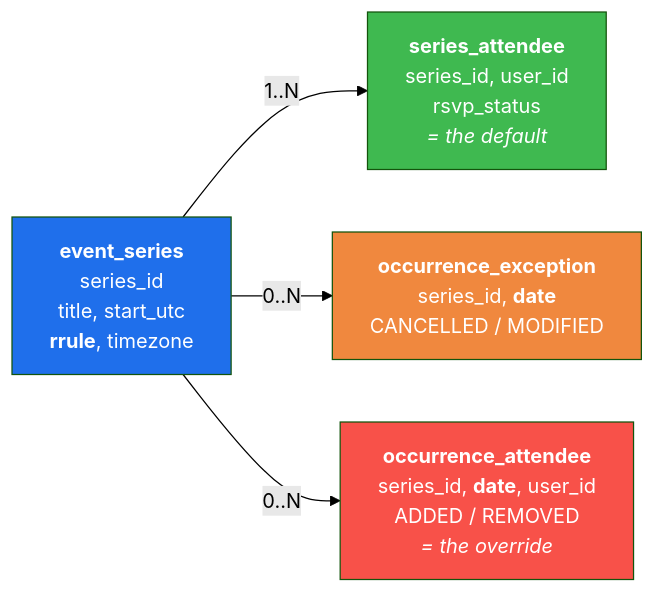
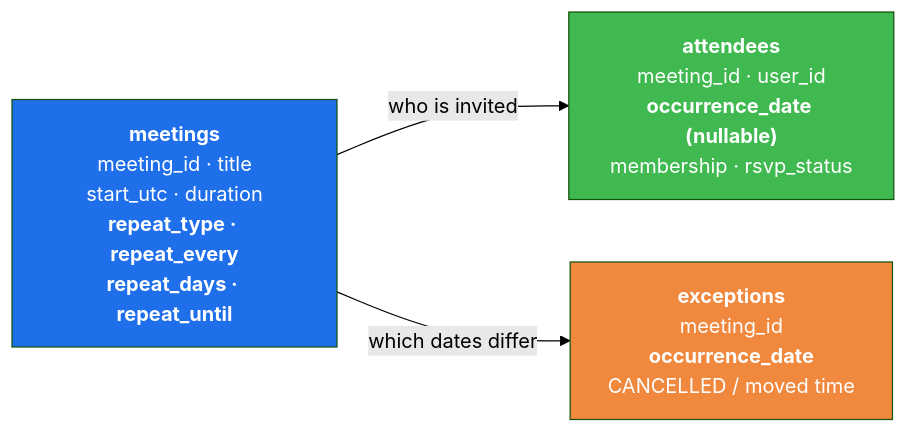
One commit to devesh1102/devesh1102.github.io changed the first of 5 diagrams in notes/meeting-scheduler.md. Above: the diagram before and after it, drawn with Mermaid (forest theme). The commit also changed other lines of this file and 2 other files, not shown here.

````diff
--- a/notes/meeting-scheduler.md
+++ b/notes/meeting-scheduler.md
@@ -30,16 +47,13 @@
 ```mermaid
 flowchart LR
-    S["<b>event_series</b><br/>series_id<br/>title, start_utc<br/><b>rrule</b>, timezone"]
-    SA["<b>series_attendee</b><br/>series_id, user_id<br/>rsvp_status<br/><i>= the default</i>"]
-    OE["<b>occurrence_exception</b><br/>series_id, <b>date</b><br/>CANCELLED / MODIFIED"]
-    OA["<b>occurrence_attendee</b><br/>series_id, <b>date</b>, user_id<br/>ADDED / REMOVED<br/><i>= the override</i>"]
+    M["<b>meetings</b><br/>meeting_id · title<br/>start_utc · duration<br/><b>repeat_type · repeat_every</b><br/><b>repeat_days · repeat_until</b>"]
+    A["<b>attendees</b><br/>meeting_id · user_id<br/><b>occurrence_date (nullable)</b><br/>membership · rsvp_status"]
+    E["<b>exceptions</b><br/>meeting_id<br/><b>occurrence_date</b><br/>CANCELLED / moved time"]
 
-    S -->|"1..N"| SA
-    S -->|"0..N"| OE
-    S -->|"0..N"| OA
+    M -->|"who is invited"| A
+    M -->|"which dates differ"| E
 
-    style S fill:#1f6feb,color:#fff
-    style SA fill:#3fb950,color:#fff
-    style OE fill:#f0883e,color:#fff
-    style OA fill:#f85149,color:#fff
+    style M fill:#1f6feb,color:#fff
+    style A fill:#3fb950,color:#fff
+    style E fill:#f0883e,color:#fff
 ```
````
